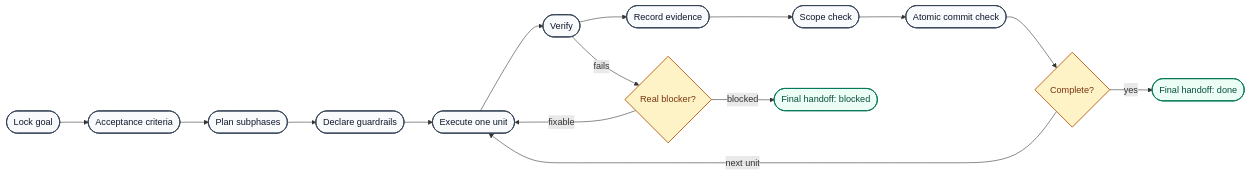
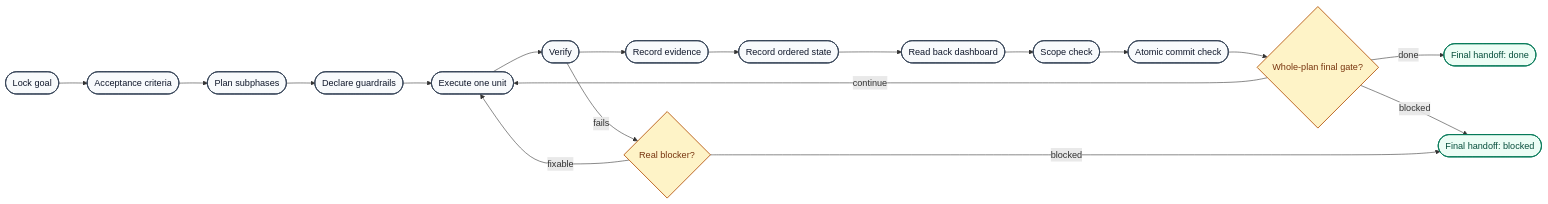
Before and after one commit to Kassden/megaskill: the diagram in README.md, drawn with Mermaid.

Commit message:
docs(readme): update execution loop diagram
Refresh the README flowchart to include ordered state recording, dashboard readback, and the whole-plan final gate.

````diff
--- a/README.md
+++ b/README.md
@@ -78,24 +78,27 @@
 ```mermaid
 flowchart LR
     A(["Lock goal"]) --> B(["Acceptance criteria"])
     B --> C(["Plan subphases"])
     C --> D(["Declare guardrails"])
     D --> E(["Execute one unit"])
     E --> F(["Verify"])
     F --> G(["Record evidence"])
-    G --> H(["Scope check"])
-    H --> I(["Atomic commit check"])
-    I --> J{"Complete?"}
-    J -- "next unit" --> E
-    J -- "yes" --> K(["Final handoff: done"])
-    F -- "fails" --> L{"Real blocker?"}
-    L -- "fixable" --> E
-    L -- "blocked" --> M(["Final handoff: blocked"])
+    G --> H(["Record ordered state"])
+    H --> I(["Read back dashboard"])
+    I --> J(["Scope check"])
+    J --> K(["Atomic commit check"])
+    K --> L{"Whole-plan final gate?"}
+    L -- "continue" --> E
+    L -- "done" --> M(["Final handoff: done"])
+    L -- "blocked" --> N(["Final handoff: blocked"])
+    F -- "fails" --> O{"Real blocker?"}
+    O -- "fixable" --> E
+    O -- "blocked" --> N
 
     classDef action fill:#F8FAFC,stroke:#334155,stroke-width:1.5px,color:#0F172A;
     classDef decision fill:#FEF3C7,stroke:#B45309,stroke-width:1.5px,color:#78350F;
     classDef terminal fill:#ECFDF5,stroke:#047857,stroke-width:1.5px,color:#064E3B;
-    class A,B,C,D,E,F,G,H,I action;
-    class J,L decision;
-    class K,M terminal;
+    class A,B,C,D,E,F,G,H,I,J,K action;
+    class L,O decision;
+    class M,N terminal;
 ```
````
